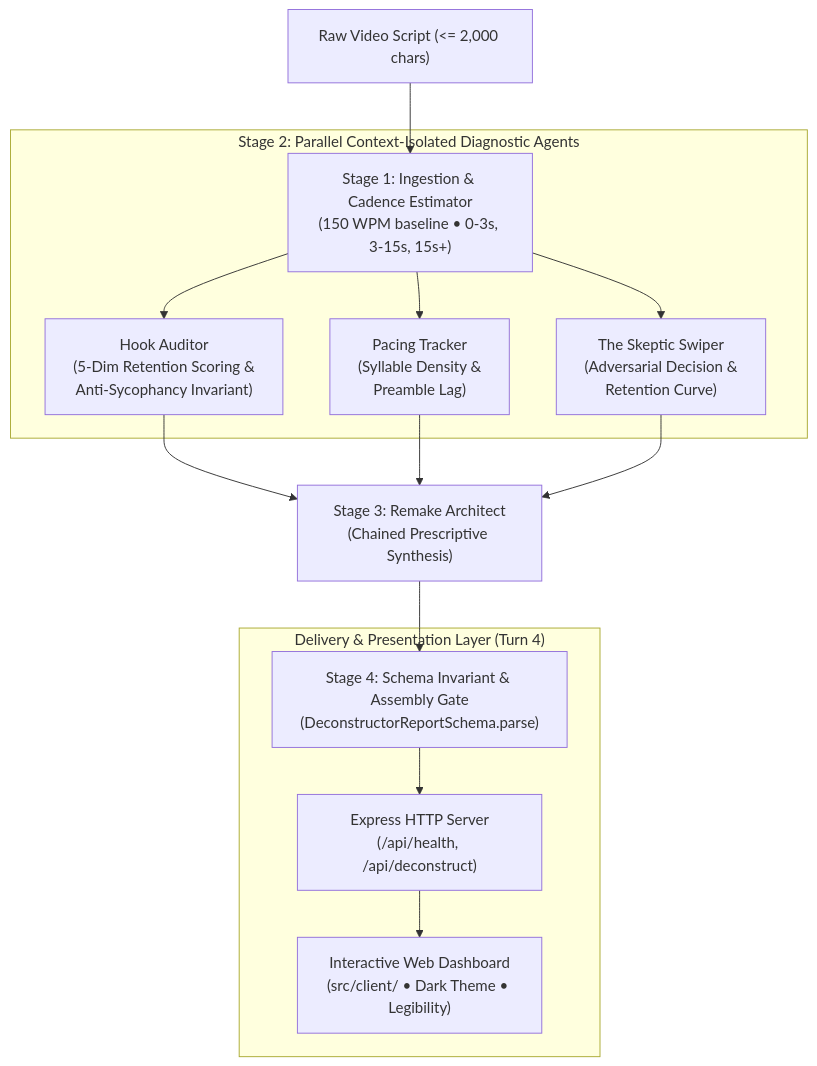
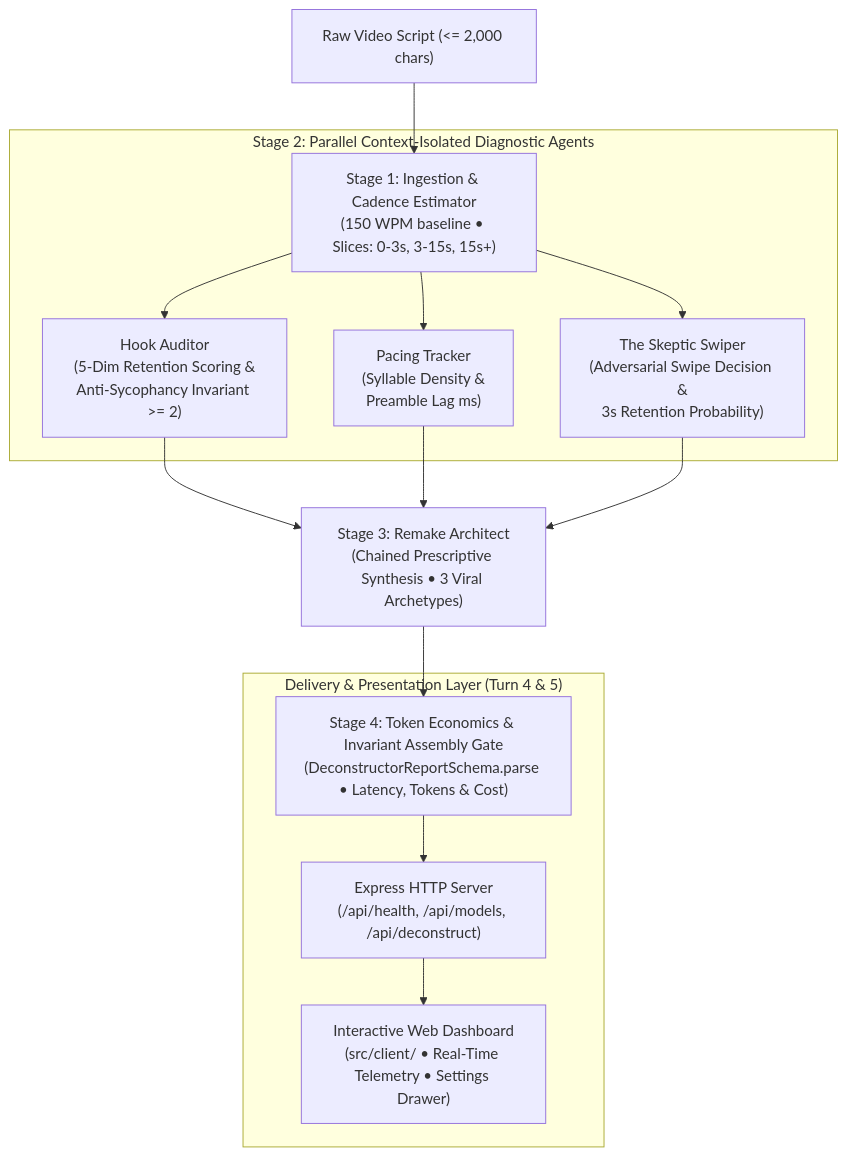
The diagram in README.md (Amityst12/LLMProj-ViralVideo), drawn with Mermaid before and after one commit. The commit also changed other lines of this file and 1 other file, not shown here.

Commit message:
docs(audit): finalize Turn 5 live OpenRouter engine, token economics, and merge-readiness pack

````diff
--- a/README.md
+++ b/README.md
@@ -39,21 +41,21 @@
 ```mermaid
 flowchart TD
-    User["Raw Video Script (<= 2,000 chars)"] --> Stage1["Stage 1: Ingestion & Cadence Estimator\n(150 WPM baseline &bull; 0-3s, 3-15s, 15s+)"]
+    User["Raw Video Script (<= 2,000 chars)"] --> Stage1["Stage 1: Ingestion & Cadence Estimator\n(150 WPM baseline &bull; Slices: 0-3s, 3-15s, 15s+)"]
     
     subgraph ParallelDiagnostics["Stage 2: Parallel Context-Isolated Diagnostic Agents"]
-        Stage1 --> HookAuditor["Hook Auditor\n(5-Dim Retention Scoring &\nAnti-Sycophancy Invariant)"]
-        Stage1 --> PacingTracker["Pacing Tracker\n(Syllable Density &\nPreamble Lag)"]
-        Stage1 --> SkepticSwiper["The Skeptic Swiper\n(Adversarial Decision &\nRetention Curve)"]
+        Stage1 --> HookAuditor["Hook Auditor\n(5-Dim Retention Scoring &\nAnti-Sycophancy Invariant >= 2)"]
+        Stage1 --> PacingTracker["Pacing Tracker\n(Syllable Density &\nPreamble Lag ms)"]
+        Stage1 --> SkepticSwiper["The Skeptic Swiper\n(Adversarial Swipe Decision &\n3s Retention Probability)"]
     end
 
-    HookAuditor --> Stage3["Stage 3: Remake Architect\n(Chained Prescriptive Synthesis)"]
+    HookAuditor --> Stage3["Stage 3: Remake Architect\n(Chained Prescriptive Synthesis &bull; 3 Viral Archetypes)"]
     PacingTracker --> Stage3
     SkepticSwiper --> Stage3
 
-    Stage3 --> Stage4["Stage 4: Schema Invariant & Assembly Gate\n(DeconstructorReportSchema.parse)"]
+    Stage3 --> Stage4["Stage 4: Token Economics & Invariant Assembly Gate\n(DeconstructorReportSchema.parse &bull; Latency, Tokens & Cost)"]
     
-    subgraph DeliveryLayer["Delivery & Presentation Layer (Turn 4)"]
-        Stage4 --> ExpressServer["Express HTTP Server\n(/api/health, /api/deconstruct)"]
-        ExpressServer --> WebDashboard["Interactive Web Dashboard\n(src/client/ &bull; Dark Theme &bull; Legibility)"]
+    subgraph DeliveryLayer["Delivery & Presentation Layer (Turn 4 & 5)"]
+        Stage4 --> ExpressServer["Express HTTP Server\n(/api/health, /api/models, /api/deconstruct)"]
+        ExpressServer --> WebDashboard["Interactive Web Dashboard\n(src/client/ &bull; Real-Time Telemetry &bull; Settings Drawer)"]
     end
 ```
````
